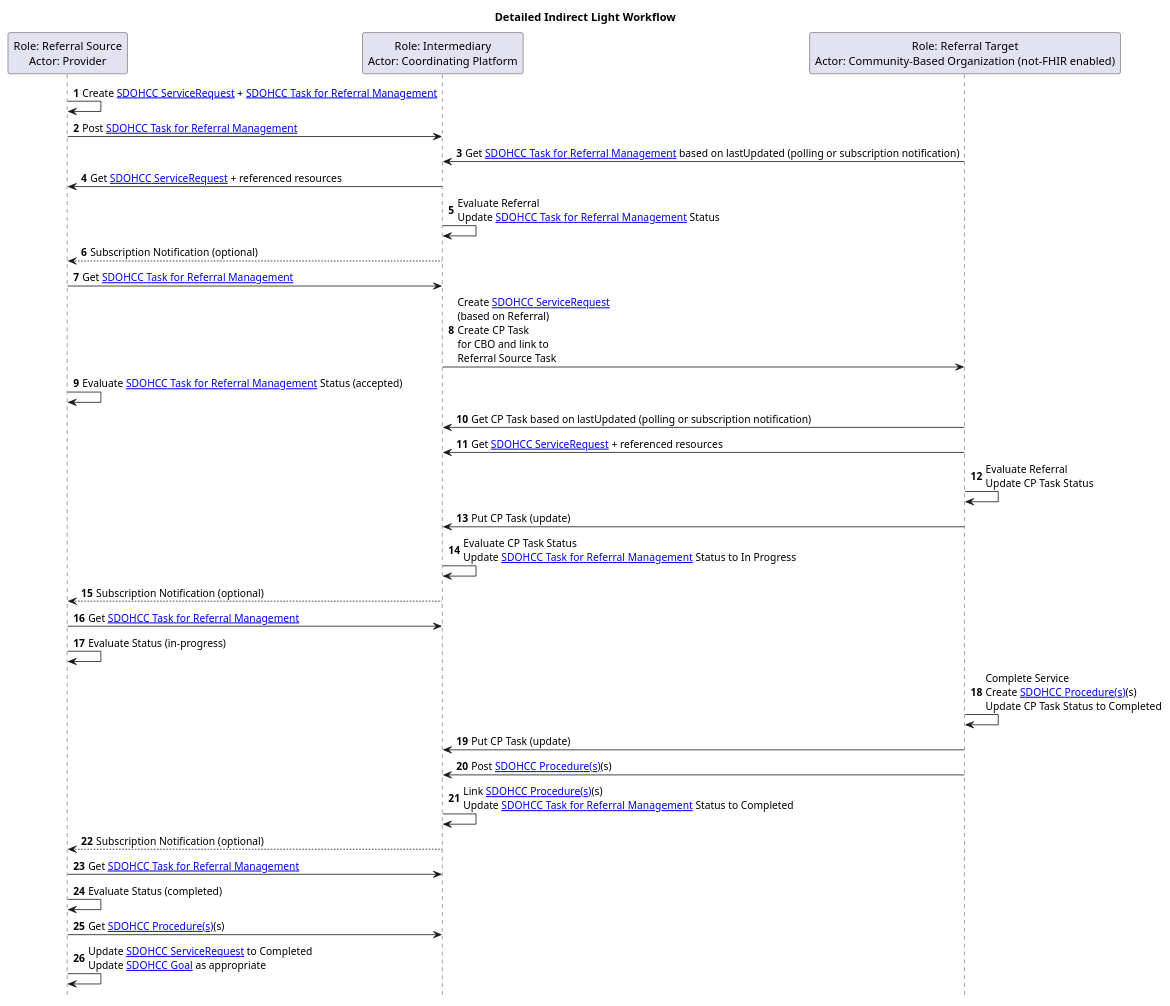
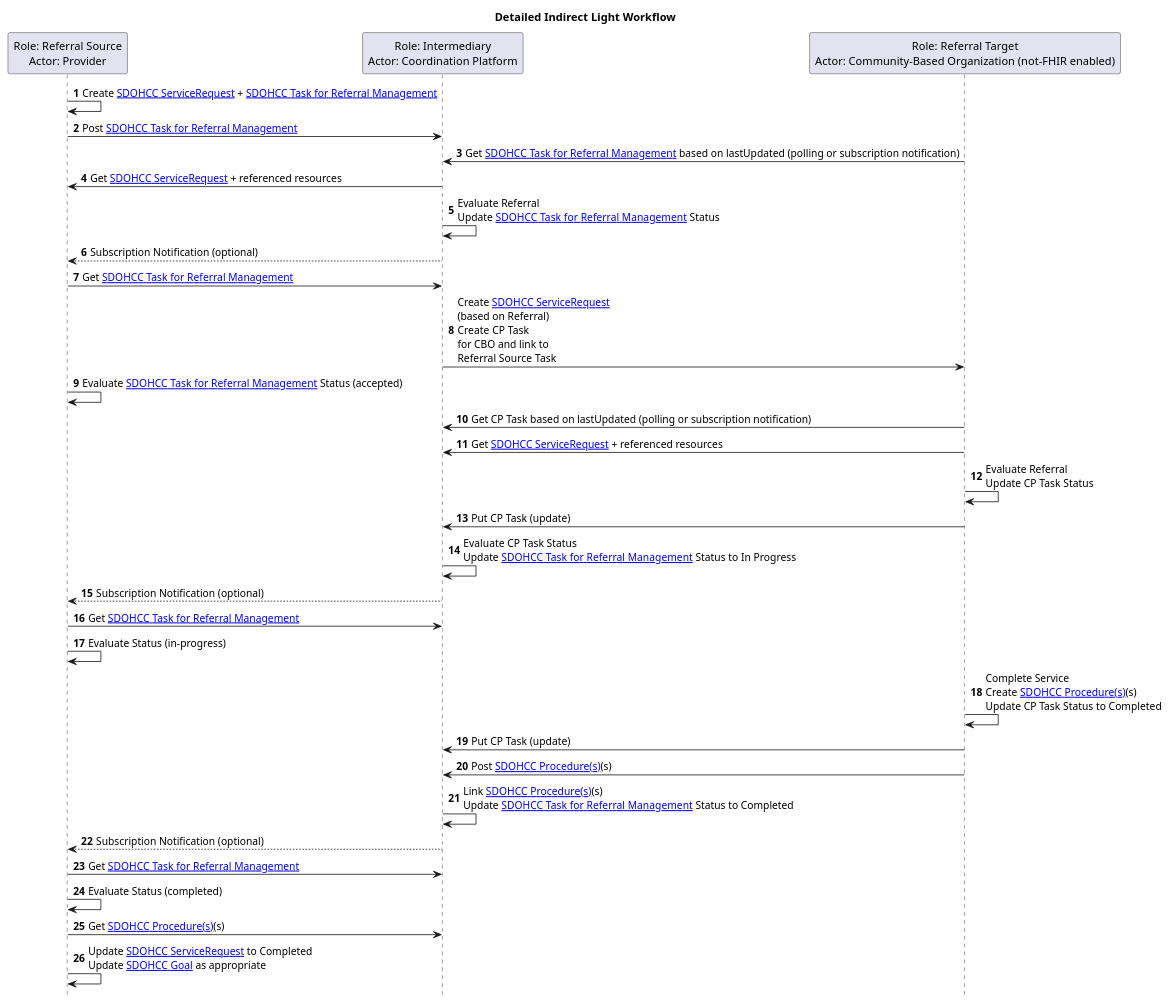
The diagram in input/images-source/DetailedIndirectReferralLight.plantuml (HL7/fhir-sdoh-clinicalcare), drawn with PlantUML before and after one commit. The commit also changed 7 other files, not shown here.

```diff
--- a/input/images-source/DetailedIndirectReferralLight.plantuml
+++ b/input/images-source/DetailedIndirectReferralLight.plantuml
@@ -1,46 +1,46 @@
 @startuml
 /'!theme bluegray'/
 title Detailed Indirect Light Workflow
 
 participant "Role: Referral Source\nActor: Provider" as A
-participant "Role: Intermediary\nActor: Coordinating Platform" as B
+participant "Role: Intermediary\nActor: Coordination Platform" as B
 participant "Role: Referral Target\nActor: Community-Based Organization (not-FHIR enabled)" as C
 
 autonumber
 A -> A : Create [[StructureDefinition-SDOHCC-ServiceRequest.html SDOHCC ServiceRequest]] + [[StructureDefinition-SDOHCC-TaskForReferralManagement.html SDOHCC Task for Referral Management]]
 A -> B : Post [[StructureDefinition-SDOHCC-TaskForReferralManagement.html SDOHCC Task for Referral Management]]
 C -> B : Get [[StructureDefinition-SDOHCC-TaskForReferralManagement.html SDOHCC Task for Referral Management]] based on lastUpdated (polling or subscription notification)
 
 B -> A : Get [[StructureDefinition-SDOHCC-ServiceRequest.html SDOHCC ServiceRequest]] + referenced resources
 B -> B : Evaluate Referral\nUpdate [[StructureDefinition-SDOHCC-TaskForReferralManagement.html SDOHCC Task for Referral Management]] Status
 B --> A : Subscription Notification (optional)
 
 A -> B : Get [[StructureDefinition-SDOHCC-TaskForReferralManagement.html SDOHCC Task for Referral Management]]
 B -> C : Create [[StructureDefinition-SDOHCC-ServiceRequest.html SDOHCC ServiceRequest]]\n(based on Referral)\nCreate CP Task\nfor CBO and link to\nReferral Source Task
 A -> A : Evaluate [[StructureDefinition-SDOHCC-TaskForReferralManagement.html SDOHCC Task for Referral Management]] Status (accepted)
 
 C -> B : Get CP Task based on lastUpdated (polling or subscription notification)
 C -> B : Get [[StructureDefinition-SDOHCC-ServiceRequest.html SDOHCC ServiceRequest]] + referenced resources
 C -> C : Evaluate Referral\nUpdate CP Task Status
 C -> B : Put CP Task (update)
 
 
 B -> B : Evaluate CP Task Status\nUpdate [[StructureDefinition-SDOHCC-TaskForReferralManagement.html SDOHCC Task for Referral Management]] Status to In Progress
 B --> A : Subscription Notification (optional)
 A -> B : Get [[StructureDefinition-SDOHCC-TaskForReferralManagement.html SDOHCC Task for Referral Management]]
 A -> A : Evaluate Status (in-progress)
 
 C -> C : Complete Service\nCreate [[StructureDefinition-SDOHCC-Procedure.html SDOHCC Procedure(s)]](s)\nUpdate CP Task Status to Completed
 C -> B : Put CP Task (update)
 C -> B : Post [[StructureDefinition-SDOHCC-Procedure.html SDOHCC Procedure(s)]](s)
 
 B -> B : Link [[StructureDefinition-SDOHCC-Procedure.html SDOHCC Procedure(s)]](s)\nUpdate [[StructureDefinition-SDOHCC-TaskForReferralManagement.html SDOHCC Task for Referral Management]] Status to Completed
 B --> A : Subscription Notification (optional)
 A -> B : Get [[StructureDefinition-SDOHCC-TaskForReferralManagement.html SDOHCC Task for Referral Management]]
 
 A -> A : Evaluate Status (completed)
 A -> B : Get [[StructureDefinition-SDOHCC-Procedure.html SDOHCC Procedure(s)]](s)
 
 A -> A : Update [[StructureDefinition-SDOHCC-ServiceRequest.html SDOHCC ServiceRequest]] to Completed\nUpdate [[StructureDefinition-SDOHCC-Goal.html SDOHCC Goal]] as appropriate
 hide footbox
 @enduml
```
